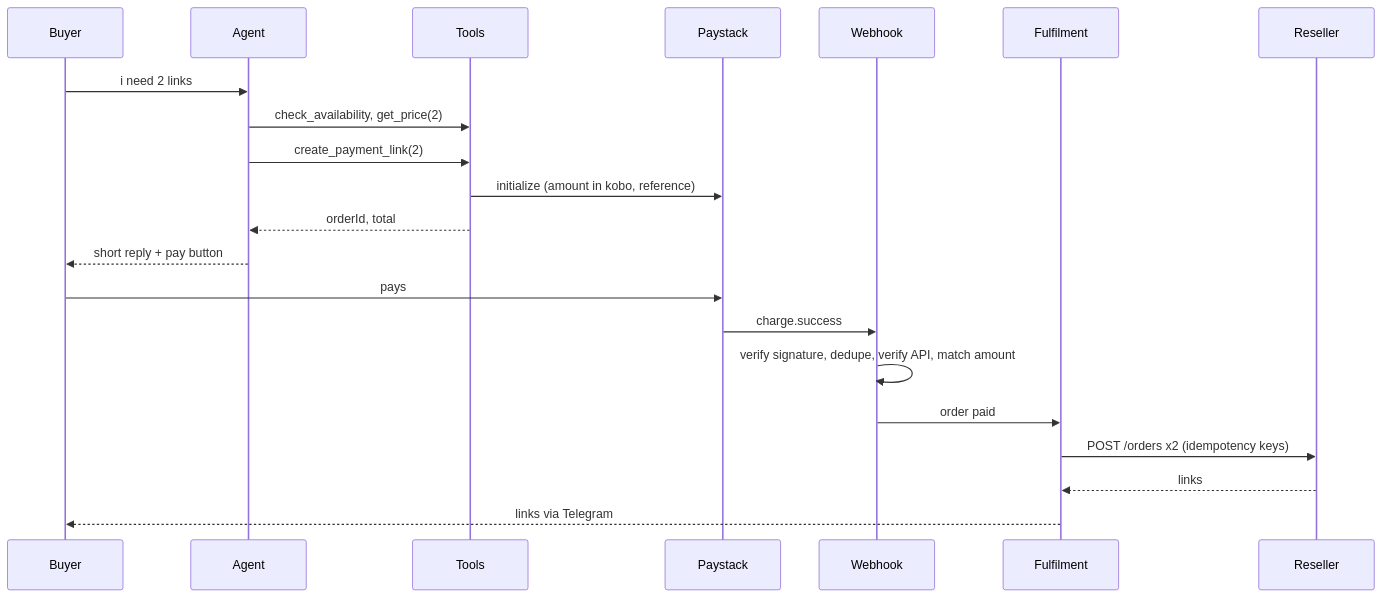
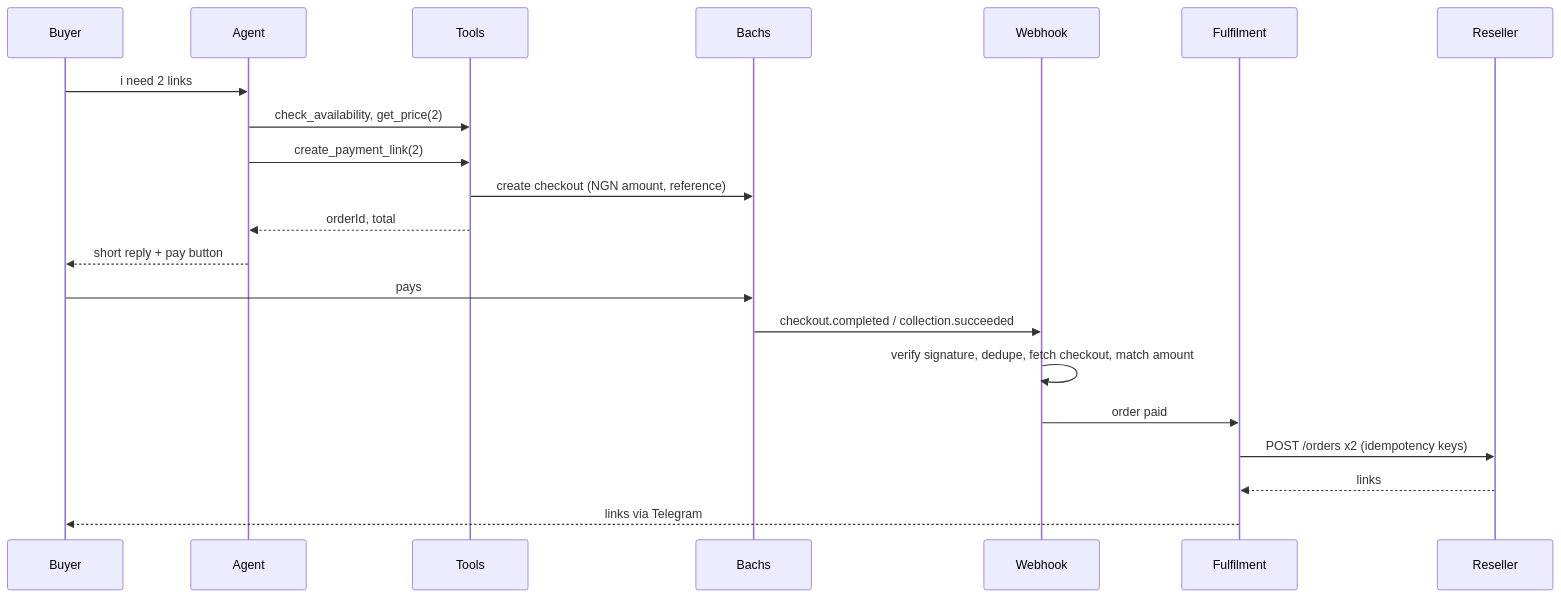
The second of 2 diagrams in docs/ARCHITECTURE.md (samkiell/geminipro), drawn with Mermaid before and after one commit. The commit also changed other lines of this file, not shown here.

Commit message:
Switch architecture to Bachs and pnpm

````diff
--- a/docs/ARCHITECTURE.md
+++ b/docs/ARCHITECTURE.md
@@ -226,23 +227,23 @@
 ```mermaid
 sequenceDiagram
   participant B as Buyer
   participant Ag as Agent
   participant T as Tools
-  participant PS as Paystack
+  participant PS as Bachs
   participant W as Webhook
   participant F as Fulfilment
   participant R as Reseller
   B->>Ag: i need 2 links
   Ag->>T: check_availability, get_price(2)
   Ag->>T: create_payment_link(2)
-  T->>PS: initialize (amount in kobo, reference)
+  T->>PS: create checkout (NGN amount, reference)
   T-->>Ag: orderId, total
   Ag-->>B: short reply + pay button
   B->>PS: pays
-  PS->>W: charge.success
-  W->>W: verify signature, dedupe, verify API, match amount
+  PS->>W: checkout.completed / collection.succeeded
+  W->>W: verify signature, dedupe, fetch checkout, match amount
   W->>F: order paid
   F->>R: POST /orders x2 (idempotency keys)
   R-->>F: links
   F-->>B: links via Telegram
 ```
````
